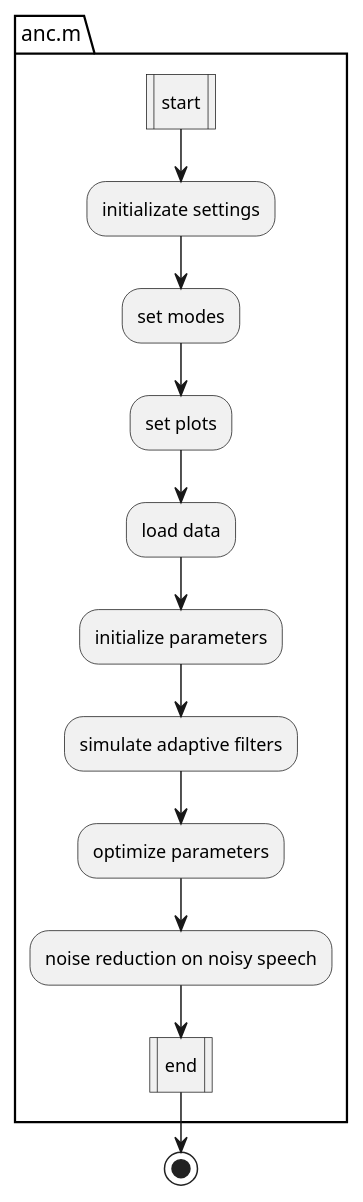
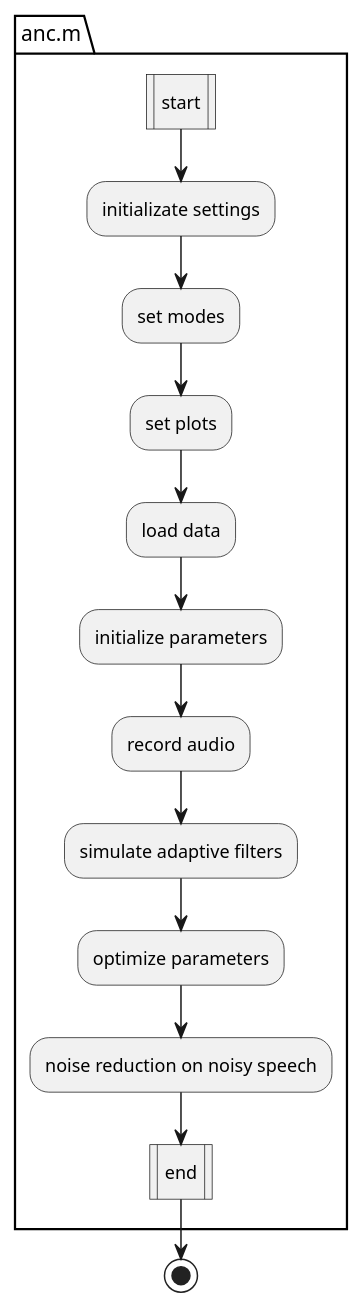
Before and after one commit to Aketirani/active-noise-cancellation: the diagram in flowchart.wsd, drawn with PlantUML. The commit also changed 5 other files, not shown here.

```diff
--- a/flowchart.wsd
+++ b/flowchart.wsd
@@ -1,16 +1,17 @@
 @startuml Pipeline Flowchart
 |ANC|
 package "anc.m" {
     :start|
     :initializate settings;
     :set modes;
     :set plots;
     :load data;
     :initialize parameters;
+    :record audio;
     :simulate adaptive filters;
     :optimize parameters;
     :noise reduction on noisy speech;
     :end|
 }
 stop
 @enduml
```
